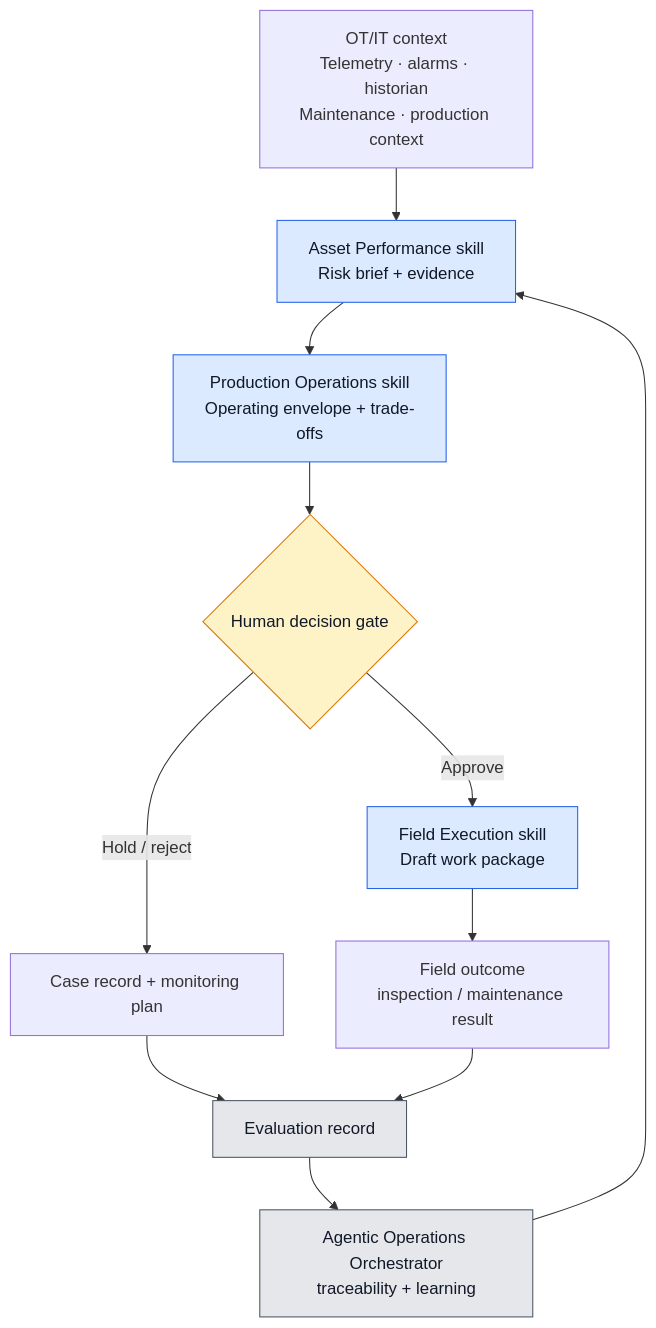
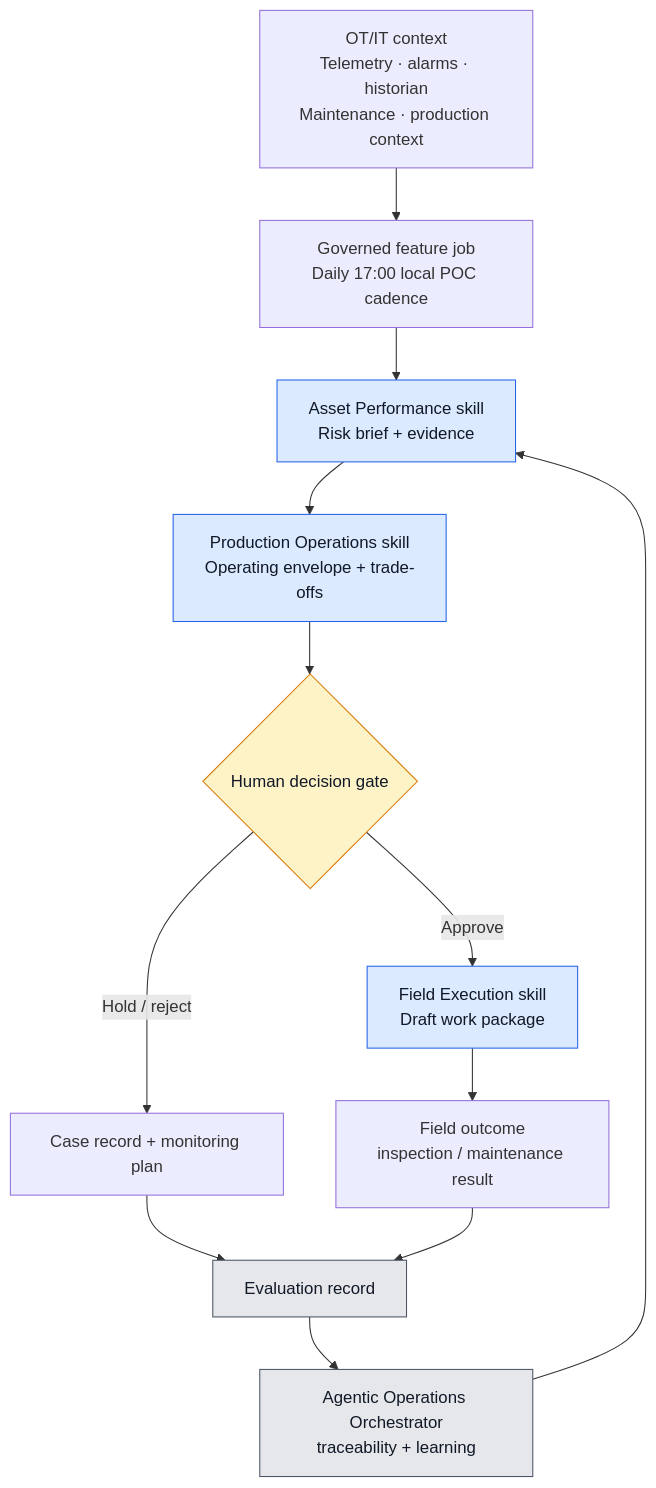
One commit to fmlin0429712024/industrial-operations-ai-poc changed the diagram in README.md. Above: the diagram before and after it, drawn with Mermaid. The commit also changed other lines of this file and 6 other files, not shown here.

````diff
--- a/README.md
+++ b/README.md
@@ -27,20 +27,21 @@
 ```mermaid
 flowchart TD
-    A["OT/IT context<br/>Telemetry · alarms · historian<br/>Maintenance · production context"] --> B["Asset Performance skill<br/>Risk brief + evidence"]
+    A["OT/IT context<br/>Telemetry · alarms · historian<br/>Maintenance · production context"] --> F0["Governed feature job<br/>Daily 17:00 local POC cadence"]
+    F0 --> B["Asset Performance skill<br/>Risk brief + evidence"]
     B --> C["Production Operations skill<br/>Operating envelope + trade-offs"]
     C --> D{"Human decision gate"}
     D -->|"Approve"| E["Field Execution skill<br/>Draft work package"]
     D -->|"Hold / reject"| F["Case record + monitoring plan"]
     E --> G["Field outcome<br/>inspection / maintenance result"]
     F --> H["Evaluation record"]
     G --> H
     H --> I["Agentic Operations Orchestrator<br/>traceability + learning"]
     I --> B
 
     classDef skill fill:#dbeafe,stroke:#2563eb,color:#111827;
     classDef gate fill:#fef3c7,stroke:#d97706,color:#111827;
     classDef control fill:#e5e7eb,stroke:#4b5563,color:#111827;
     class B,C,E skill;
     class D gate;
     class I,H control;
 ```
````
